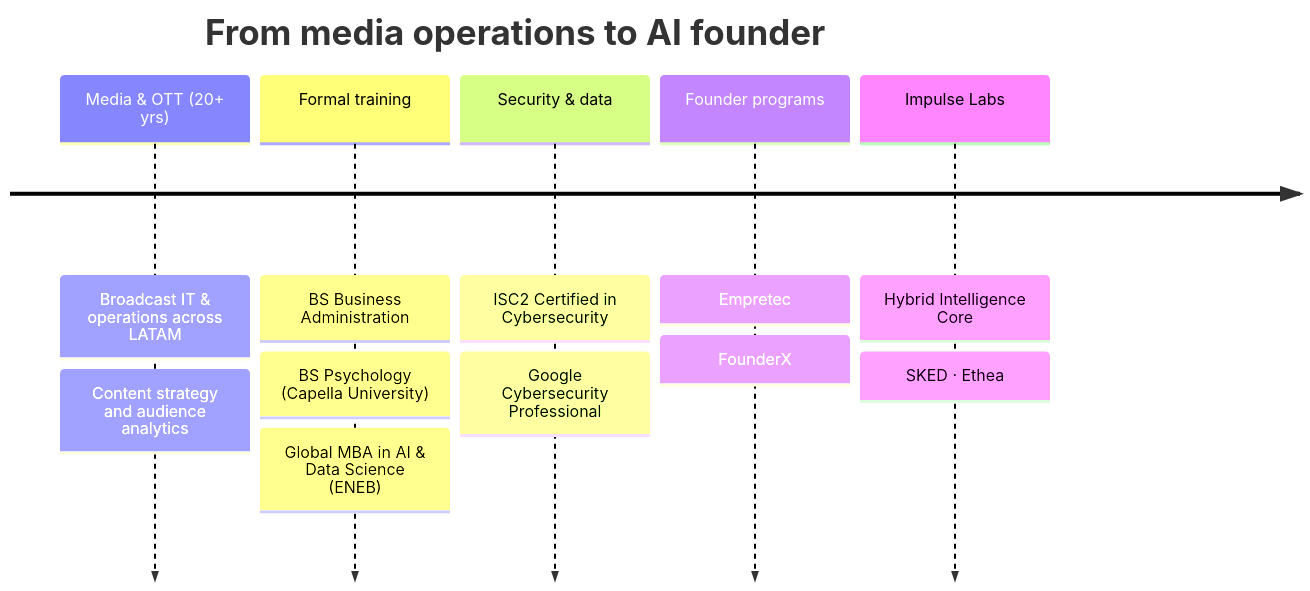
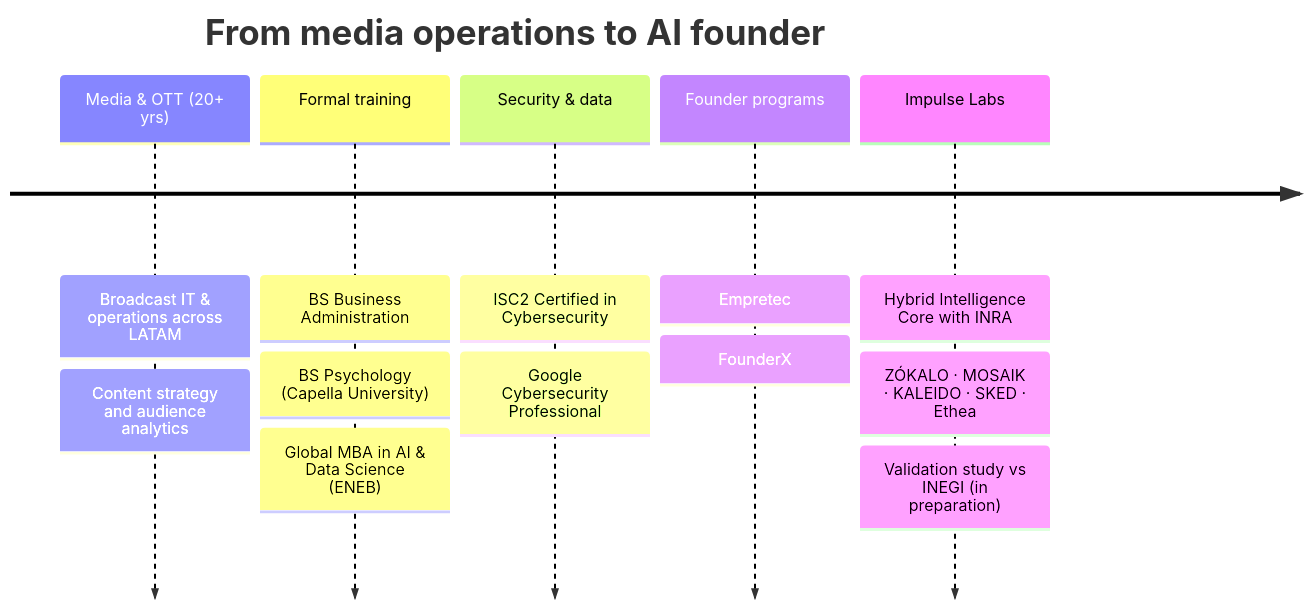
Before and after one commit to Neckr0ik/Neckr0ik: the diagram in README.md, drawn with Mermaid. The commit also changed other lines of this file and 3 other files, not shown here.

First line of the commit message:
docs: lead the profile with Hybrid Intelligence and add method & build log

````diff
--- a/README.md
+++ b/README.md
@@ -63,15 +78,16 @@
 ```mermaid
 timeline
     title From media operations to AI founder
     Media & OTT (20+ yrs) : Broadcast IT & operations across LATAM
                           : Content strategy and audience analytics
     Formal training       : BS Business Administration
                           : BS Psychology (Capella University)
                           : Global MBA in AI & Data Science (ENEB)
     Security & data       : ISC2 Certified in Cybersecurity
                           : Google Cybersecurity Professional
     Founder programs      : Empretec
                           : FounderX
-    Impulse Labs          : Hybrid Intelligence Core
-                          : SKED · Ethea
+    Impulse Labs          : Hybrid Intelligence Core with INRA
+                          : ZÓKALO · MOSAIK · KALEIDO · SKED · Ethea
+                          : Validation study vs INEGI (in preparation)
 ```
````
